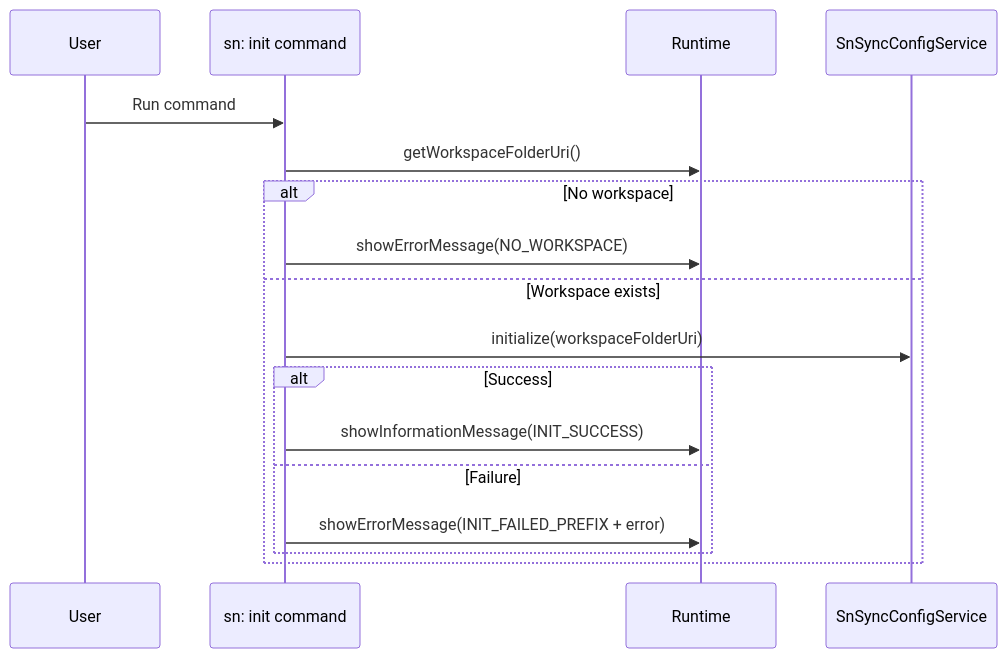
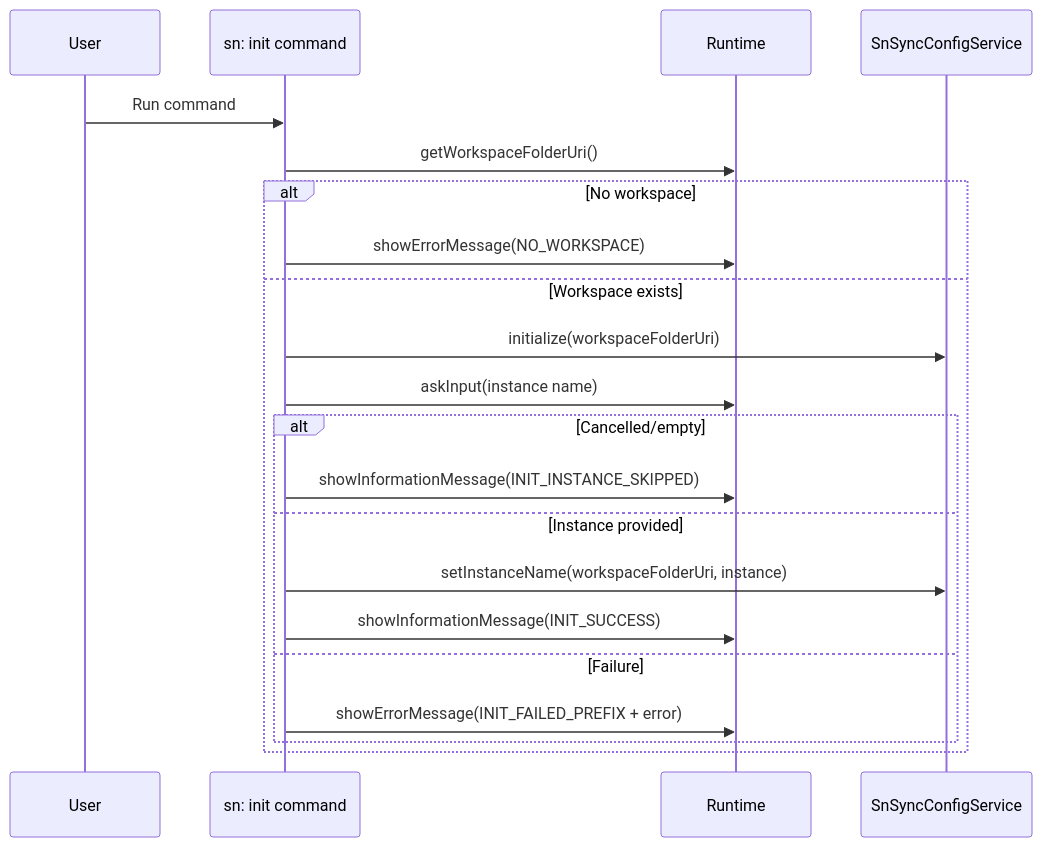
One commit to AlexAlvarez092/sn-sync changed the diagram in docs/sn-init.md. Above: the diagram before and after it, drawn with Mermaid. The commit also changed other lines of this file and 4 other files, not shown here.

Commit message:
feat(init-command): enhance 'sn: init' to prompt for instance name during setup

````diff
--- a/docs/sn-init.md
+++ b/docs/sn-init.md
@@ -63,20 +69,24 @@
 ```mermaid
 sequenceDiagram
 	participant U as User
 	participant C as sn: init command
 	participant R as Runtime
 	participant S as SnSyncConfigService
 
 	U->>C: Run command
 	C->>R: getWorkspaceFolderUri()
 	alt No workspace
 		C->>R: showErrorMessage(NO_WORKSPACE)
 	else Workspace exists
 		C->>S: initialize(workspaceFolderUri)
-		alt Success
-			C->>R: showInformationMessage(INIT_SUCCESS)
+			C->>R: askInput(instance name)
+			alt Cancelled/empty
+				C->>R: showInformationMessage(INIT_INSTANCE_SKIPPED)
+			else Instance provided
+				C->>S: setInstanceName(workspaceFolderUri, instance)
+				C->>R: showInformationMessage(INIT_SUCCESS)
 		else Failure
 			C->>R: showErrorMessage(INIT_FAILED_PREFIX + error)
 		end
 	end
 ```
````
